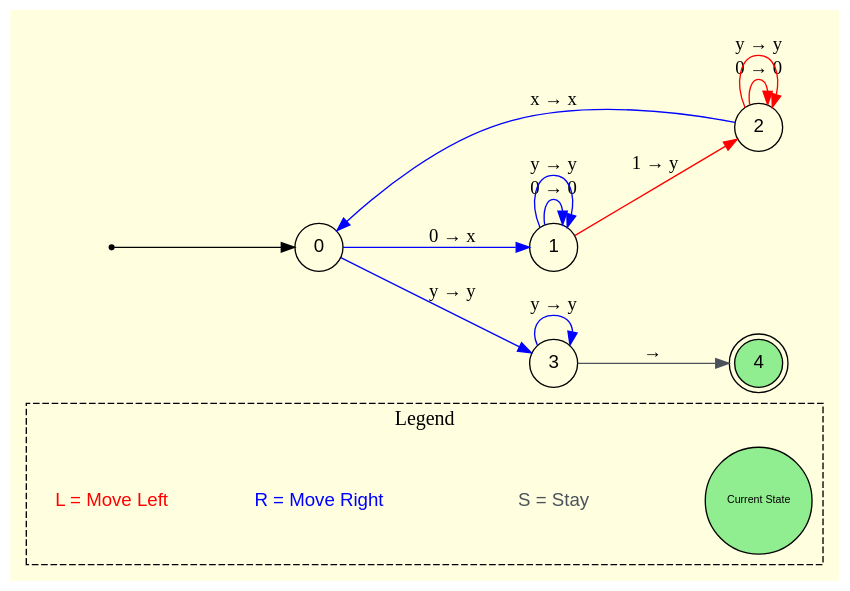
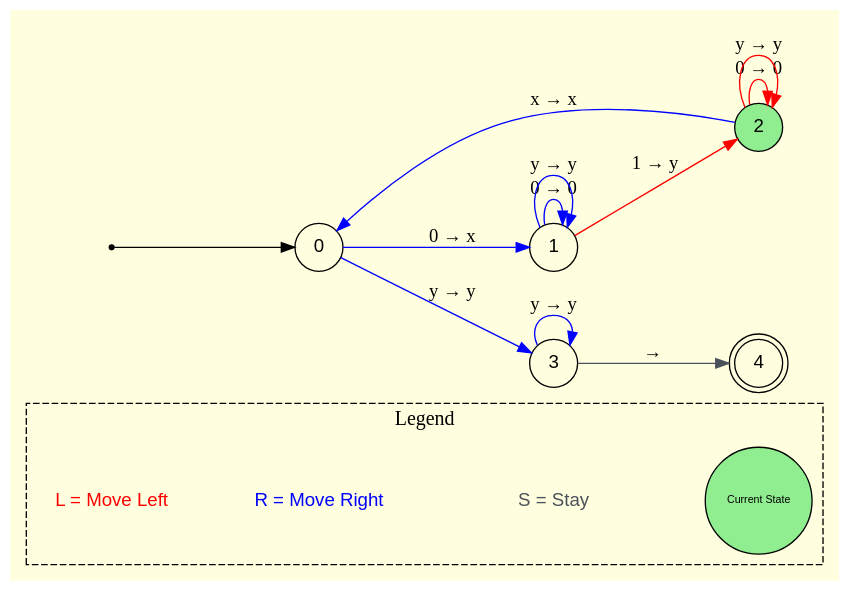
The diagram in output/tm.dot (rmak05/Turing_Machine_Simulator), drawn with Graphviz before and after one commit. The commit also changed 1 other file, not shown here.

```diff
--- a/output/tm.dot
+++ b/output/tm.dot
@@ -1,38 +1,38 @@
 digraph TuringMachine {
 bgcolor="lightyellow";
   rankdir=LR;
   fontsize=14;
   node [shape=circle, fontname=Helvetica];
 
   subgraph cluster_legend {
     label="Legend";
     fontsize=15;
     style=dashed;
     margin=8;
     rank=sink;
 
     Lmove [label="L = Move Left", shape=plaintext, fontcolor=red];
     Rmove [label="R = Move Right", shape=plaintext, fontcolor=blue];
     Smove [label="S = Stay", shape=plaintext, fontcolor="#4c525c"];
     Curr [label="Current State", shape=circle, style=filled, fillcolor=lightgreen, fontsize=8];
 
     // Invisible edges for vertical stacking
     Lmove -> Rmove [style=invis];
     Rmove -> Smove [style=invis];
     Smove -> Curr  [style=invis];
   }
   4 [shape=doublecircle];
   start [shape=point];
   start -> 0;
-  4 [style=filled, fillcolor=lightgreen];
+  2 [style=filled, fillcolor=lightgreen];
   0 -> 1 [label="0 → x", color=blue];
   0 -> 3 [label="y → y", color=blue];
   1 -> 1 [label="0 → 0", color=blue];
   1 -> 2 [label="1 → y", color=red];
   1 -> 1 [label="y → y", color=blue];
   2 -> 2 [label="0 → 0", color=red];
   2 -> 0 [label="x → x", color=blue];
   2 -> 2 [label="y → y", color=red];
   3 -> 4 [label="  →  ", color="#4c525c"];
   3 -> 3 [label="y → y", color=blue];
 }
```
